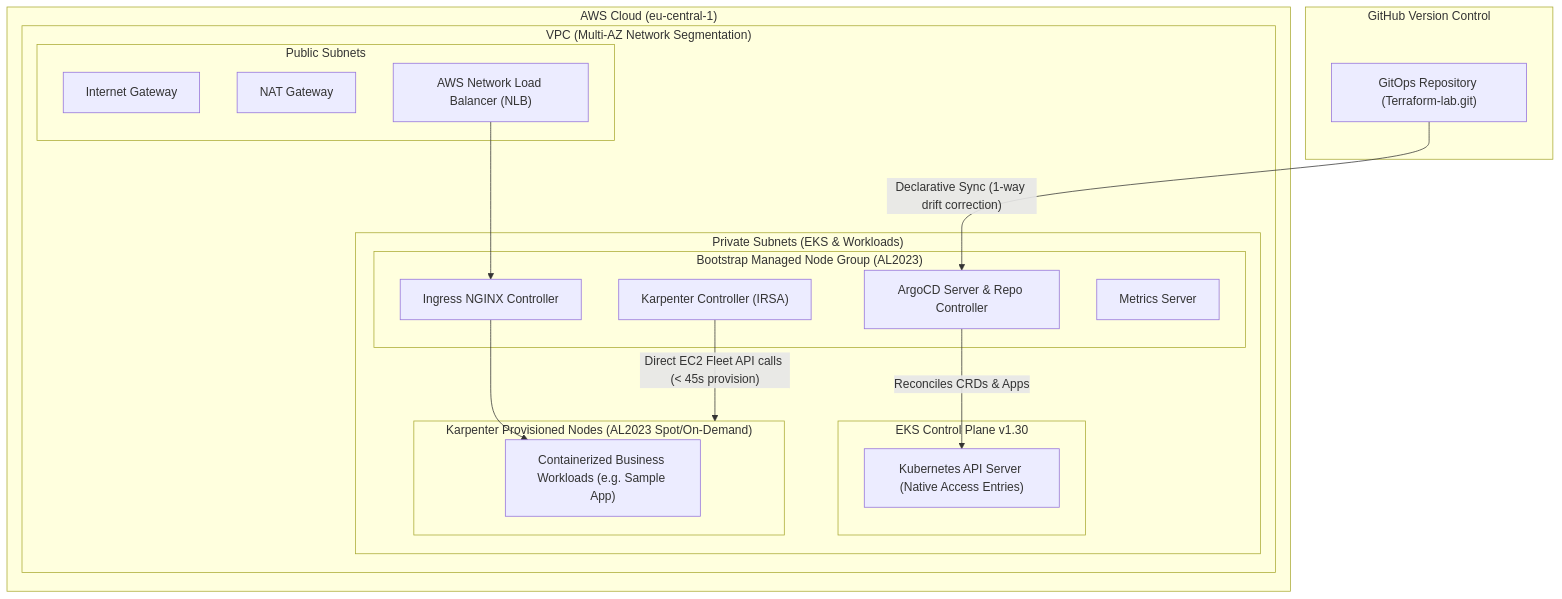
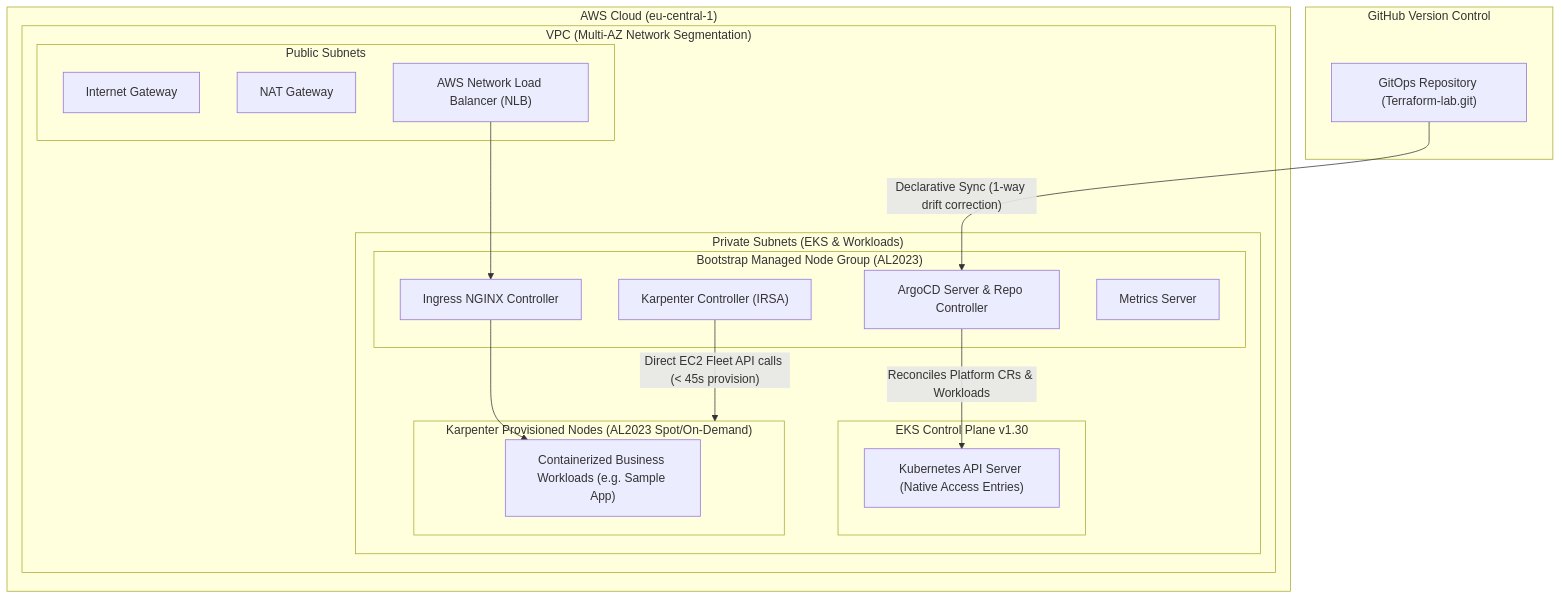
One commit to ferenc-zagon/k8s-cluster-terraform changed the diagram in README.md. Above: the diagram before and after it, drawn with Mermaid. The commit also changed other lines of this file and 1 other file, not shown here.

````diff
--- a/README.md
+++ b/README.md
@@ -15,39 +15,39 @@
 ```mermaid
 flowchart TD
     subgraph AWS Cloud ["AWS Cloud (eu-central-1)"]
         subgraph VPC ["VPC (Multi-AZ Network Segmentation)"]
             subgraph PublicSubnets ["Public Subnets"]
                 IGW["Internet Gateway"]
                 NAT["NAT Gateway"]
                 NLB["AWS Network Load Balancer (NLB)"]
             end
 
             subgraph PrivateSubnets ["Private Subnets (EKS & Workloads)"]
                 subgraph ControlPlane ["EKS Control Plane v1.30"]
                     APIServer["Kubernetes API Server (Native Access Entries)"]
                 end
 
                 subgraph SystemNodes ["Bootstrap Managed Node Group (AL2023)"]
                     ArgoCD["ArgoCD Server & Repo Controller"]
                     KarpenterCtrl["Karpenter Controller (IRSA)"]
                     IngressNGINX["Ingress NGINX Controller"]
                     MetricsServer["Metrics Server"]
                 end
 
                 subgraph DynamicNodes ["Karpenter Provisioned Nodes (AL2023 Spot/On-Demand)"]
                     Workloads["Containerized Business Workloads (e.g. Sample App)"]
                 end
             end
         end
     end
 
     subgraph GitHub ["GitHub Version Control"]
         Repo["GitOps Repository (Terraform-lab.git)"]
     end
 
     Repo -->|"Declarative Sync (1-way drift correction)"| ArgoCD
-    ArgoCD -->|"Reconciles CRDs & Apps"| APIServer
+    ArgoCD -->|"Reconciles Platform CRs & Workloads"| APIServer
     KarpenterCtrl -->|"Direct EC2 Fleet API calls (< 45s provision)"| DynamicNodes
     NLB --> IngressNGINX
     IngressNGINX --> Workloads
 ```
````
